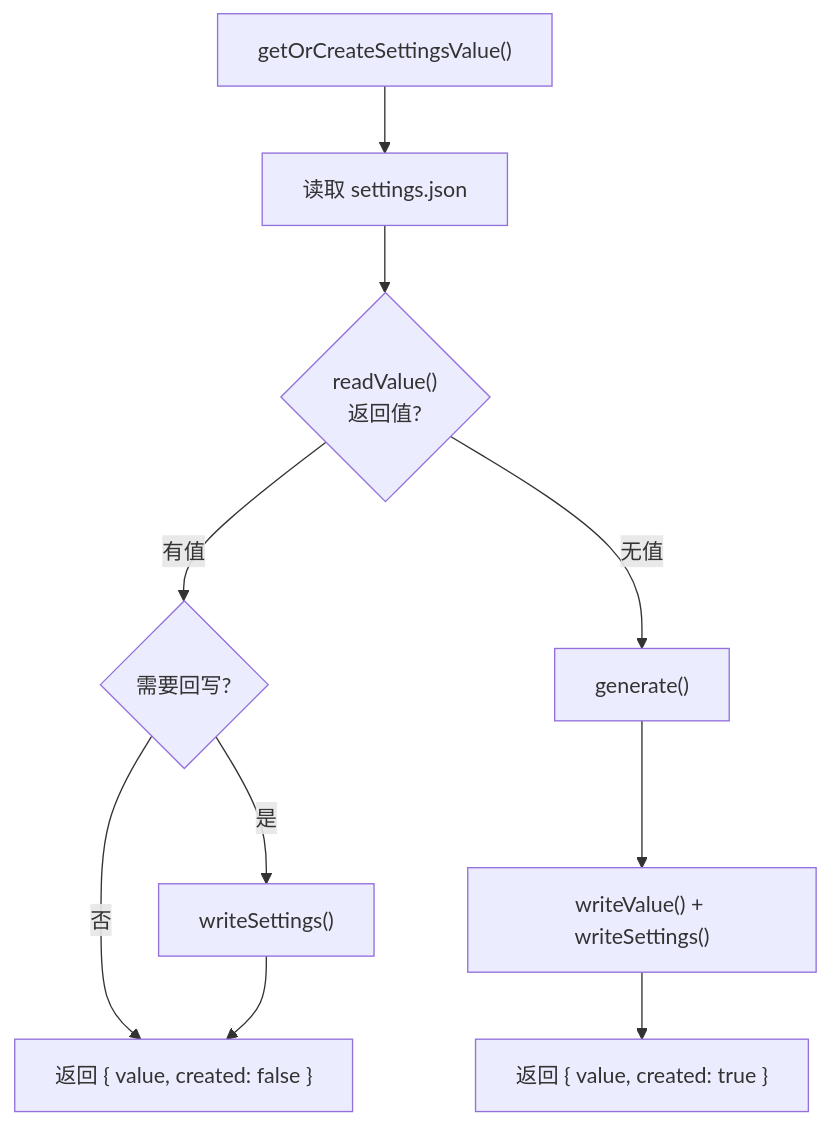
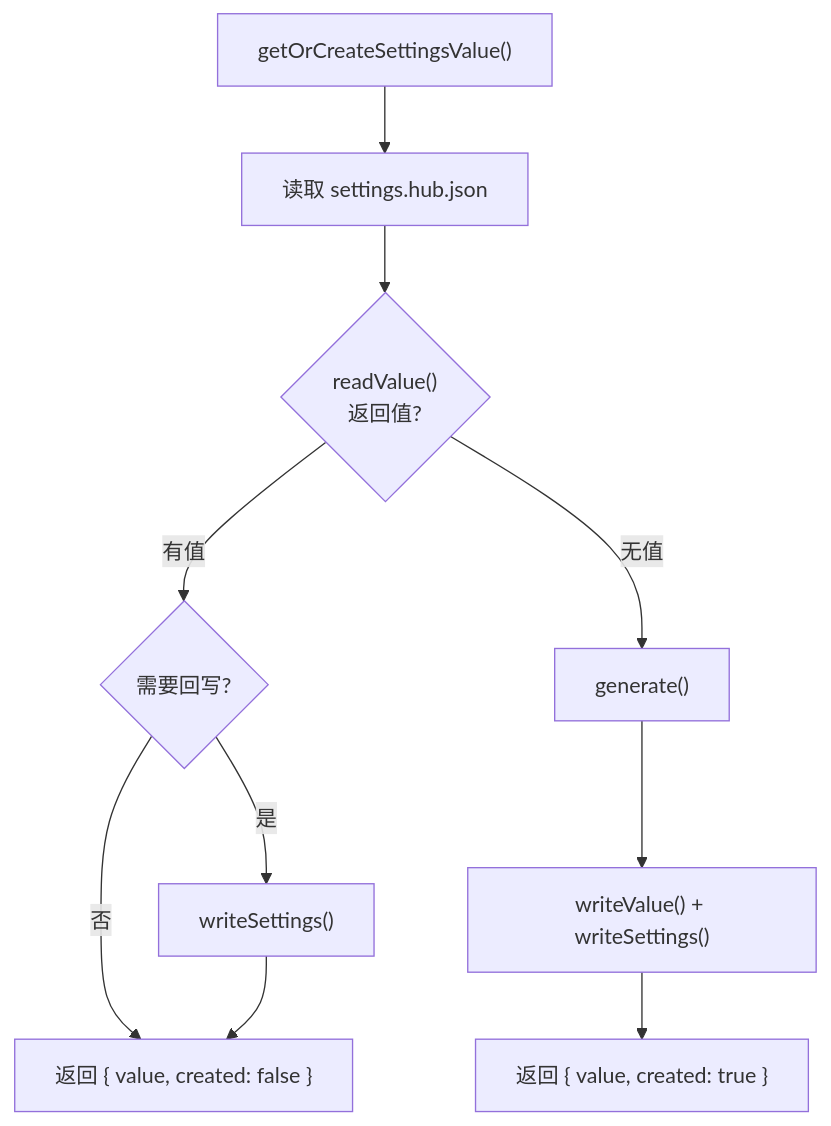
One commit to ModuBit/mobi changed the sixth of 6 diagrams in docs/architecture/hub/config/README.md. Above: the diagram before and after it, drawn with Mermaid. The commit also changed other lines of this file and 37 other files, not shown here.

First line of the commit message:
feat(hub,cli,docs): 配置文件拆分 settings.hub.json + settings.cli.json，hub 与 cli 支持不同机器部署

````diff
--- a/docs/architecture/hub/config/README.md
+++ b/docs/architecture/hub/config/README.md
@@ -195,12 +220,12 @@
 ```mermaid
 flowchart TB
-    Start["getOrCreateSettingsValue()"] --> Read["读取 settings.json"]
+    Start["getOrCreateSettingsValue()"] --> Read["读取 settings.hub.json"]
     Read --> Exists{"readValue()<br/>返回值?"}
     Exists -->|有值| WB{"需要回写?"}
     WB -->|是| WriteBack["writeSettings()"]
     WB -->|否| Return1["返回 { value, created: false }"]
     WriteBack --> Return1
     Exists -->|无值| Generate["generate()"]
     Generate --> Save["writeValue() + writeSettings()"]
     Save --> Return2["返回 { value, created: true }"]
 ```
````
